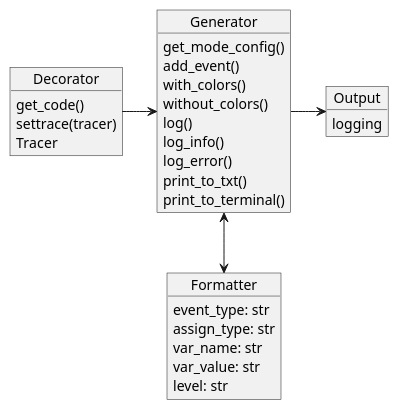
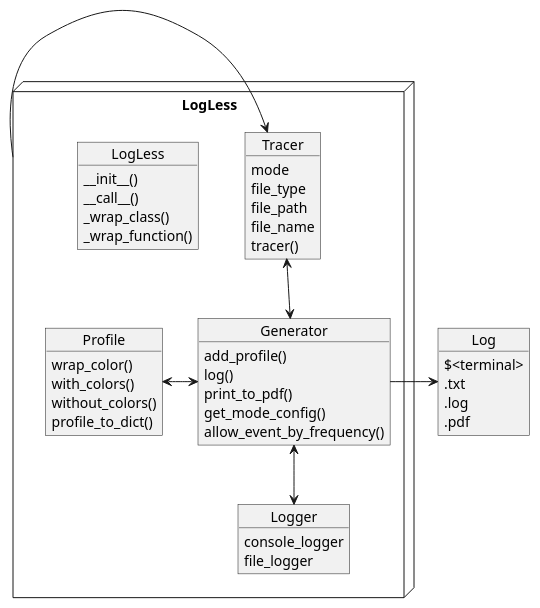
Before and after one commit to kushagrasoni/LogLess_Logging: the diagram in umls/settrace_functionality.puml, drawn with PlantUML. The commit also changed 4 other files, not shown here.

Commit message:
Removed unwanted terminal and txt related methods from generator.py and corresponding tests Updated UMLs

```diff
--- a/umls/settrace_functionality.puml
+++ b/umls/settrace_functionality.puml
@@ -1,43 +1,61 @@
 @startuml
 'Use of AST - Abstract Syntax Trees for categorizing the code
 
 'caption Figure 3: LogLess Object Model of all the components with respective elements and methods.
 'title AST Generated From Function
 
-object Decorator {
-    get_code()
-    settrace(tracer)
-    Tracer
+node LogLess {
+
+    object LogLess {
+            __init__()
+            __call__()
+            _wrap_class()
+            _wrap_function()
+    }
+
+     object Tracer {
+            mode
+            file_type
+            file_path
+            file_name
+            tracer()
+     }
+
+    object Generator {
+        add_profile()
+        log()
+        print_to_pdf()
+        get_mode_config()
+        allow_event_by_frequency()
+    }
+
+    object Profile {
+        wrap_color()
+        with_colors()
+        without_colors()
+        profile_to_dict()
+
+    }
+
+    object Logger {
+        console_logger
+        file_logger
+    }
+
+
 }
 
-
-object Formatter {
-    event_type: str
-    assign_type: str
-    var_name: str
-    var_value: str
-    level: str
+object Log {
+    $<terminal>
+    .txt
+    .log
+    .pdf
 }
 
-object Generator {
-    get_mode_config()
-    add_event()
-    with_colors()
-    without_colors()
-    log()
-    log_info()
-    log_error()
-    print_to_txt()
-    print_to_terminal()
-}
-
-object Output {
-    logging
-}
-
-
-Decorator -ri-> Generator
-Generator <--> Formatter
-Generator -ri-> Output
+LogLess -ri-> Tracer
+Tracer <-do-> Generator
+Generator <--> Logger
+Generator <-le-> Profile
+Generator -ri-> Log
 
 @enduml
```
